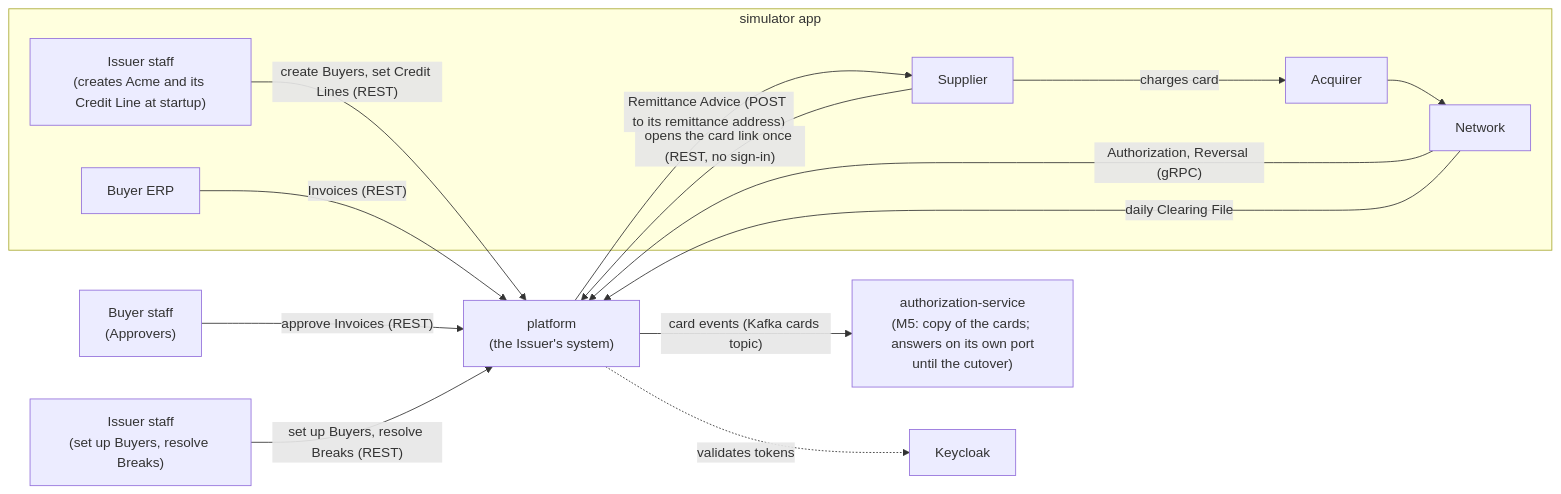
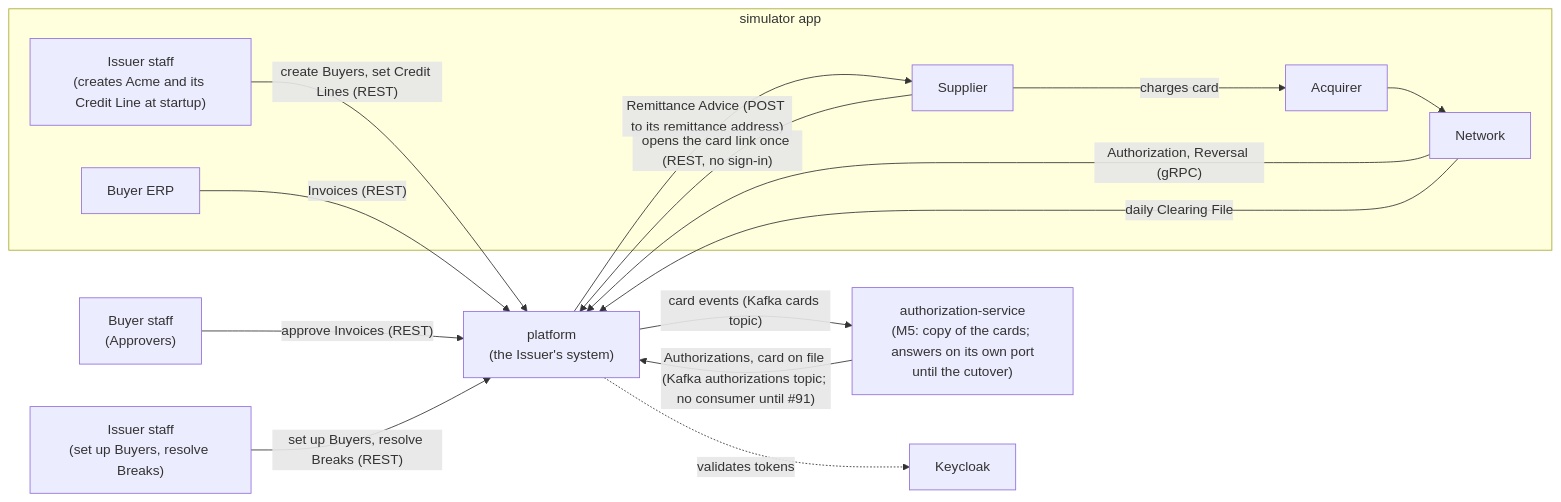
Before and after one commit to rgonzal92/b2b-payments-platform: the first of 13 diagrams in docs/architecture.md, drawn with Mermaid. The commit also changed other lines of this file and 2 other files, not shown here.

Commit message:
docs: describe the service's outbox, the authorizations topic and its runbook

````diff
--- a/docs/architecture.md
+++ b/docs/architecture.md
@@ -9,28 +9,29 @@
 ```mermaid
 flowchart LR
   buyerStaff["Buyer staff<br/>(Approvers)"]
   issuerStaff["Issuer staff<br/>(set up Buyers, resolve Breaks)"]
   subgraph sim["simulator app"]
     simIssuer["Issuer staff<br/>(creates Acme and its Credit Line at startup)"]
     erp["Buyer ERP"]
     supplier["Supplier"]
     acquirer["Acquirer"]
     network["Network"]
   end
   platform["platform<br/>(the Issuer's system)"]
   authz["authorization-service<br/>(M5: copy of the cards; answers on its own port<br/>until the cutover)"]
   keycloak["Keycloak"]
 
   simIssuer -- "create Buyers, set Credit Lines (REST)" --> platform
   erp -- "Invoices (REST)" --> platform
   buyerStaff -- "approve Invoices (REST)" --> platform
   issuerStaff -- "set up Buyers, resolve Breaks (REST)" --> platform
   platform -- "Remittance Advice (POST to its remittance address)" --> supplier
   supplier -- "opens the card link once (REST, no sign-in)" --> platform
   supplier -- "charges card" --> acquirer
   acquirer --> network
   network -- "Authorization, Reversal (gRPC)" --> platform
   network -- "daily Clearing File" --> platform
   platform -. "validates tokens" .-> keycloak
   platform -- "card events (Kafka cards topic)" --> authz
+  authz -- "Authorizations, card on file (Kafka authorizations topic; no consumer until #91)" --> platform
 ```
````
